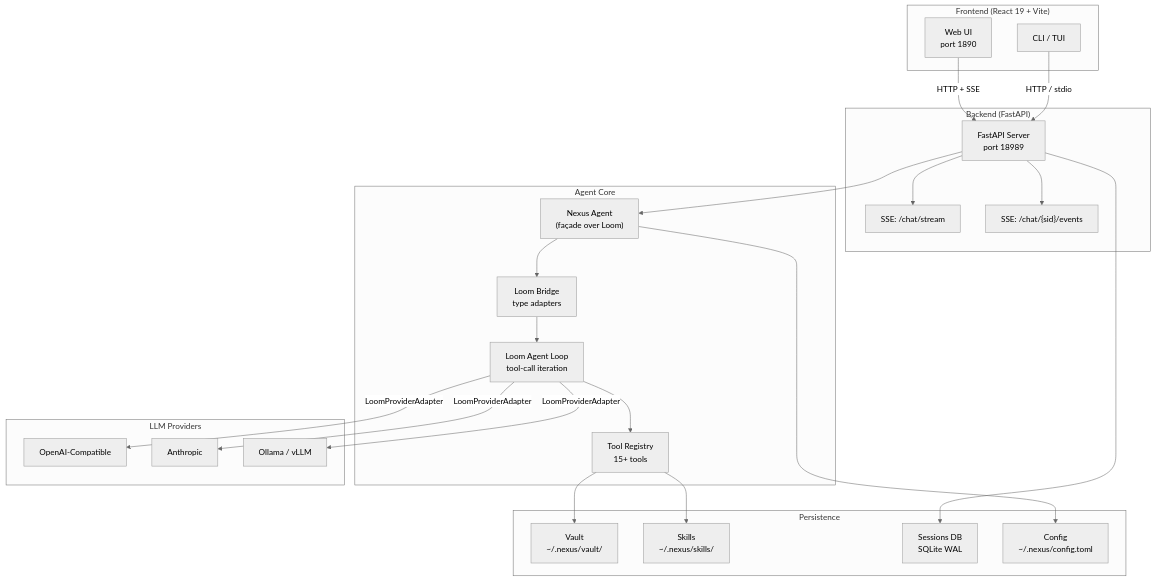
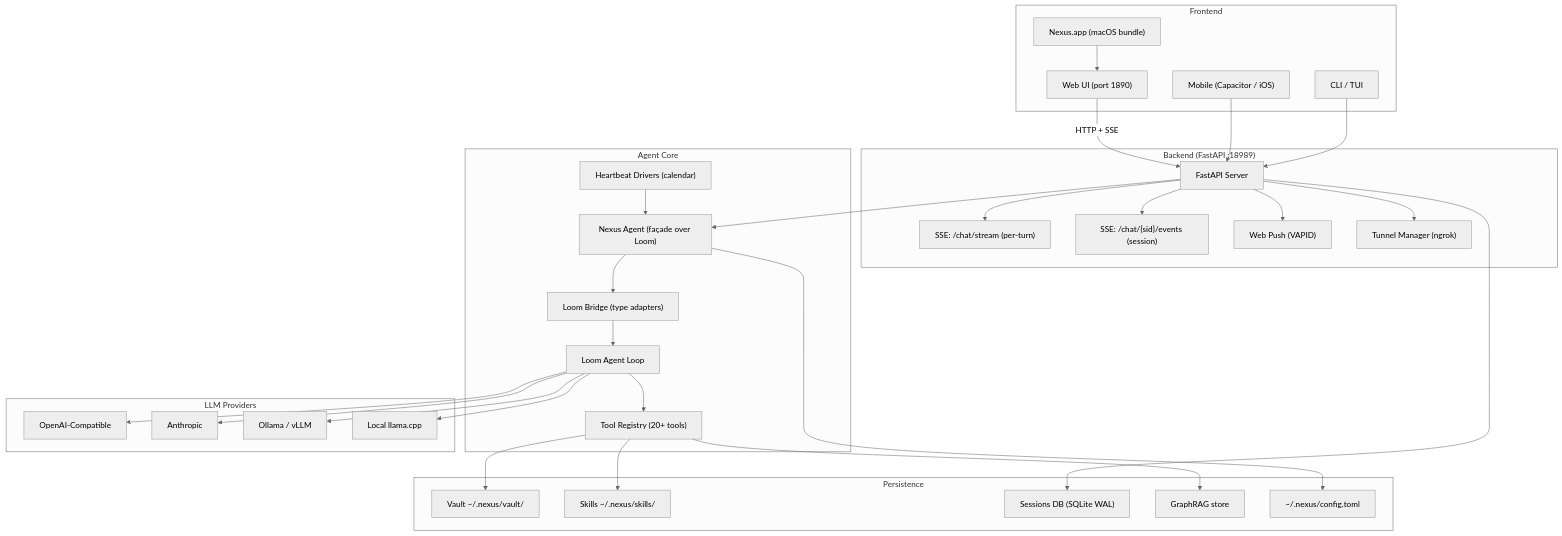
Before and after one commit to NinoCoelho/nexus: the first of 11 diagrams in README.md, drawn with Mermaid (neutral theme). The commit also changed other lines of this file and 1 other file, not shown here.

First line of the commit message:
docs: refresh README + CLAUDE.md (tunnel, calendar, push)

````diff
--- a/README.md
+++ b/README.md
@@ -90,49 +110,56 @@
 ```mermaid
 graph TB
-    subgraph "Frontend (React 19 + Vite)"
-        UI["Web UI<br/>port 1890"]
+    subgraph "Frontend"
+        UI["Web UI (port 1890)"]
+        APP["Nexus.app (macOS bundle)"]
+        MOB["Mobile (Capacitor / iOS)"]
         CLI["CLI / TUI"]
     end
 
-    subgraph "Backend (FastAPI)"
-        API["FastAPI Server<br/>port 18989"]
-        SSE_S["SSE: /chat/stream"]
-        SSE_E["SSE: /chat/{sid}/events"]
+    subgraph "Backend (FastAPI :18989)"
+        API["FastAPI Server"]
+        SSE_T["SSE: /chat/stream (per-turn)"]
+        SSE_E["SSE: /chat/{sid}/events (session)"]
+        PUSH["Web Push (VAPID)"]
+        TUN["Tunnel Manager (ngrok)"]
     end
 
     subgraph "Agent Core"
-        LOOP["Nexus Agent<br/>(façade over Loom)"]
-        LOOM["Loom Agent Loop<br/>tool-call iteration"]
-        BRIDGE["Loom Bridge<br/>type adapters"]
-        TOOLS["Tool Registry<br/>15+ tools"]
+        LOOP["Nexus Agent (façade over Loom)"]
+        BRIDGE["Loom Bridge (type adapters)"]
+        LOOM["Loom Agent Loop"]
+        TOOLS["Tool Registry (20+ tools)"]
+        HB["Heartbeat Drivers (calendar)"]
     end
 
     subgraph "LLM Providers"
         OAI["OpenAI-Compatible"]
         ANT["Anthropic"]
         OLL["Ollama / vLLM"]
+        LLAMA["Local llama.cpp"]
     end
 
     subgraph "Persistence"
-        VAULT["Vault<br/>~/.nexus/vault/"]
-        SKILLS["Skills<br/>~/.nexus/skills/"]
-        SESSIONS["Sessions DB<br/>SQLite WAL"]
-        CONFIG["Config<br/>~/.nexus/config.toml"]
+        VAULT["Vault ~/.nexus/vault/"]
+        SKILLS["Skills ~/.nexus/skills/"]
+        SESSIONS["Sessions DB (SQLite WAL)"]
+        GRAPHRAG["GraphRAG store"]
+        CONFIG["~/.nexus/config.toml"]
     end
 
     UI -->|"HTTP + SSE"| API
-    CLI -->|"HTTP / stdio"| API
-    API --> SSE_S
+    APP --> UI
+    MOB --> API
+    CLI --> API
+    API --> SSE_T
     API --> SSE_E
+    API --> PUSH
+    API --> TUN
     API --> LOOP
-    LOOP --> BRIDGE
-    BRIDGE --> LOOM
-    LOOM --> TOOLS
-    LOOM -->|"LoomProviderAdapter"| OAI
-    LOOM -->|"LoomProviderAdapter"| ANT
-    LOOM -->|"LoomProviderAdapter"| OLL
-    TOOLS --> VAULT
-    TOOLS --> SKILLS
+    LOOP --> BRIDGE --> LOOM --> TOOLS
+    HB --> LOOP
+    LOOM --> OAI & ANT & OLL & LLAMA
+    TOOLS --> VAULT & SKILLS & GRAPHRAG
     API --> SESSIONS
     LOOP --> CONFIG
 ```
````
